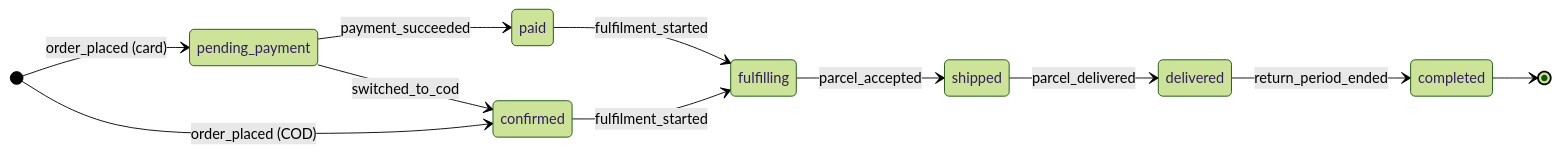
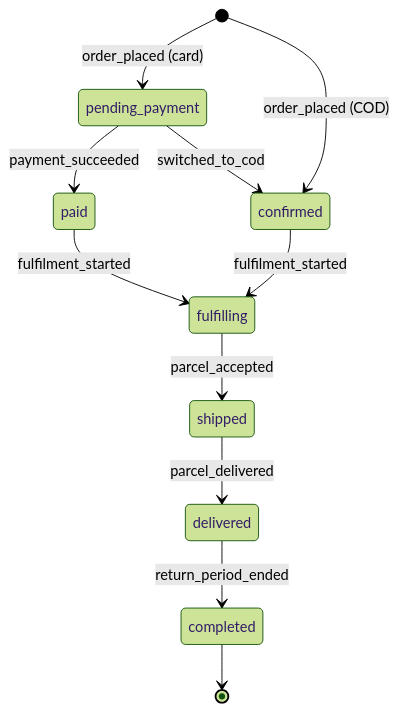
Before and after one commit to inhix/nodejs-shop: the first of 2 diagrams in docs/adr/0011-order-state-machine.md, drawn with Mermaid (forest theme). The commit also changed other lines of this file, not shown here.

First line of the commit message:
docs(docs): draw the order main flow top to bottom

````diff
--- a/docs/adr/0011-order-state-machine.md
+++ b/docs/adr/0011-order-state-machine.md
@@ -55,14 +56,13 @@
 ```mermaid
 stateDiagram-v2
-    direction LR
     [*] --> pending_payment: order_placed (card)
     [*] --> confirmed: order_placed (COD)
     pending_payment --> paid: payment_succeeded
     pending_payment --> confirmed: switched_to_cod
     paid --> fulfilling: fulfilment_started
     confirmed --> fulfilling: fulfilment_started
     fulfilling --> shipped: parcel_accepted
     shipped --> delivered: parcel_delivered
     delivered --> completed: return_period_ended
     completed --> [*]
 ```
````
